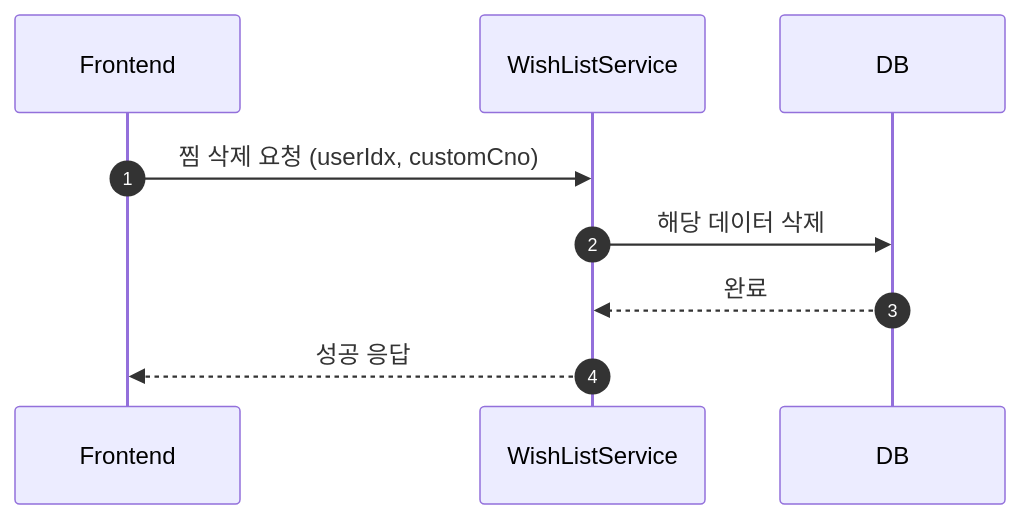
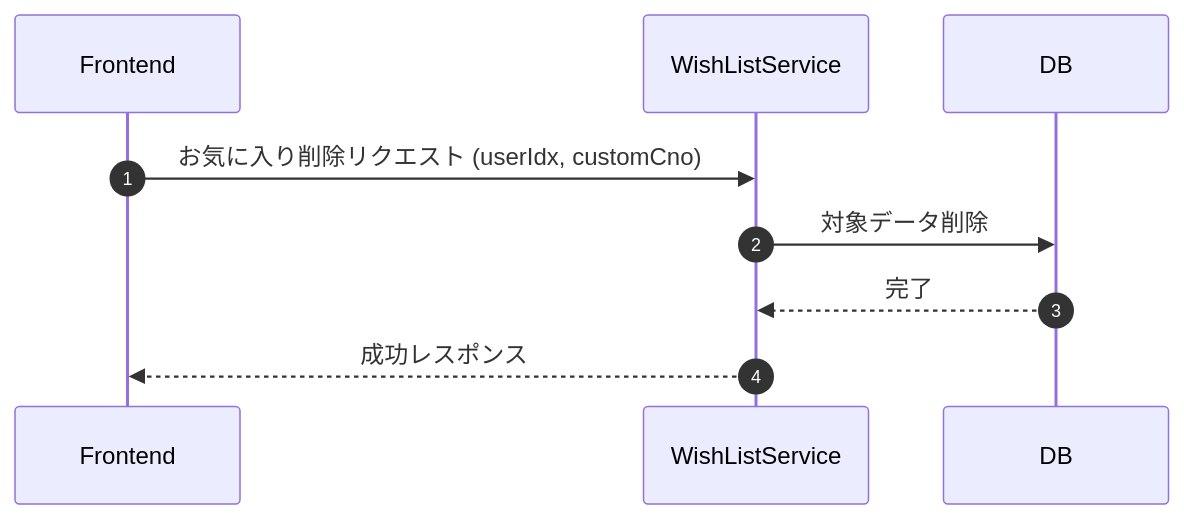
The seventh of 10 diagrams in README_img/SEQUENCE.md (You-HyunHo/Final-Project), drawn with Mermaid before and after one commit. The commit also changed other lines of this file, not shown here.

````diff
--- a/README_img/SEQUENCE.md
+++ b/README_img/SEQUENCE.md
@@ -164,14 +166,14 @@
 ```mermaid
 sequenceDiagram
-autonumber
-participant FE as Frontend
-participant BE as WishListService
-participant DB
+    autonumber
+    participant FE as Frontend
+    participant BE as WishListService
+    participant DB
 
-    FE->>BE: 찜 삭제 요청 (userIdx, customCno)
+    FE->>BE: お気に入り削除リクエスト (userIdx, customCno)
 
-    BE->>DB: 해당 데이터 삭제
-    DB-->>BE: 완료
+    BE->>DB: 対象データ削除
+    DB-->>BE: 完了
 
-    BE-->>FE: 성공 응답
+    BE-->>FE: 成功レスポンス
 ```
````
